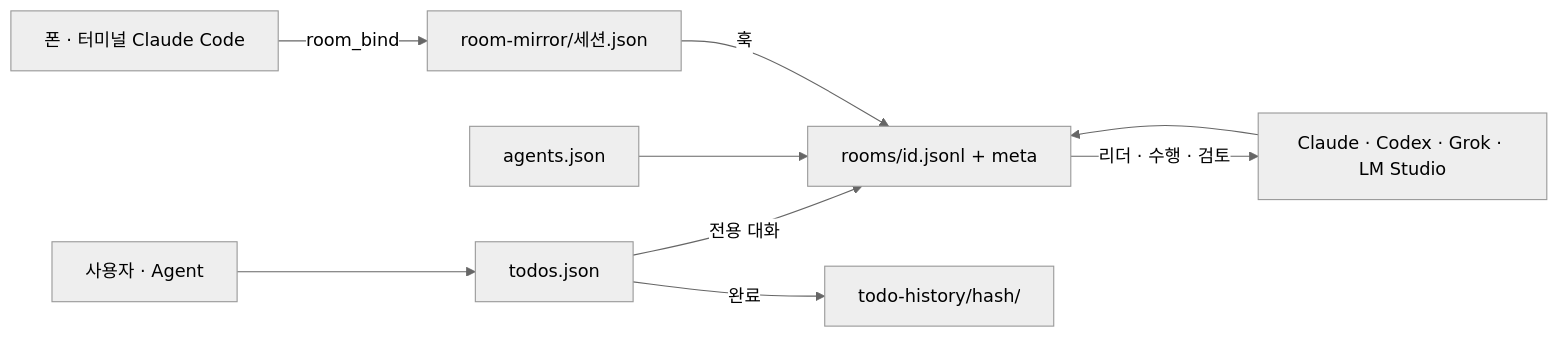
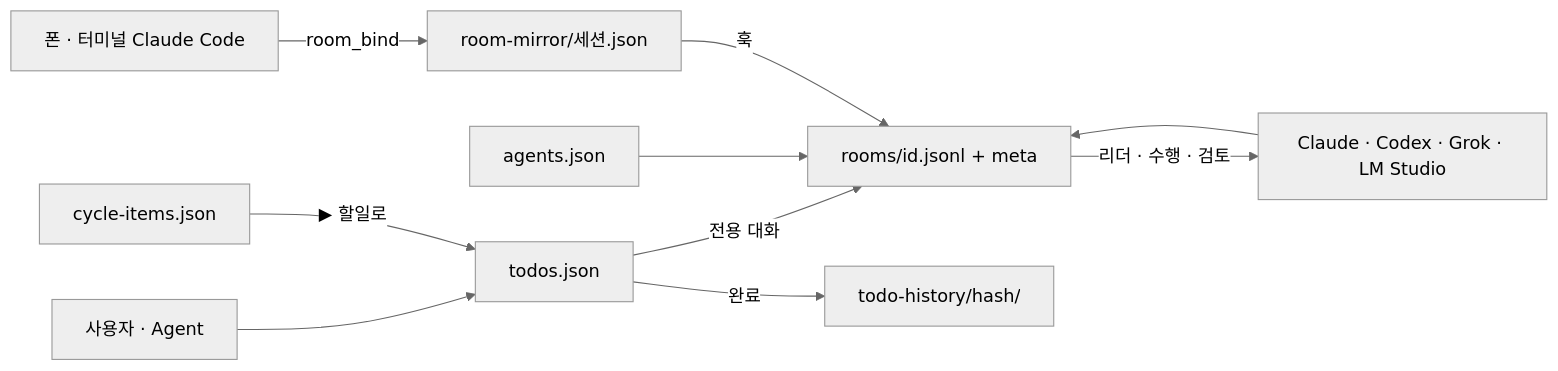
One commit to Han-Archives/Patchbay changed the second of 2 diagrams in knowledge/patchbay/기획/저장구조.md. Above: the diagram before and after it, drawn with Mermaid (neutral theme). The commit also changed other lines of this file and 269 other files, not shown here.

````diff
--- a/knowledge/patchbay/기획/저장구조.md
+++ b/knowledge/patchbay/기획/저장구조.md
@@ -168,8 +181,9 @@
 ```mermaid
 flowchart LR
   U["사용자 · Agent"] --> T["todos.json"] -->|"전용 대화"| R["rooms/id.jsonl + meta"]
   AG["agents.json"] --> R
   R -->|"리더 · 수행 · 검토"| L["Claude · Codex · Grok · LM Studio"] --> R
   CC["폰 · 터미널 Claude Code"] -->|"room_bind"| M["room-mirror/세션.json"] -->|"훅"| R
   T -->|"완료"| H["todo-history/hash/"]
+  CI["cycle-items.json"] -->|"▶ 할일로"| T
 ```
````
